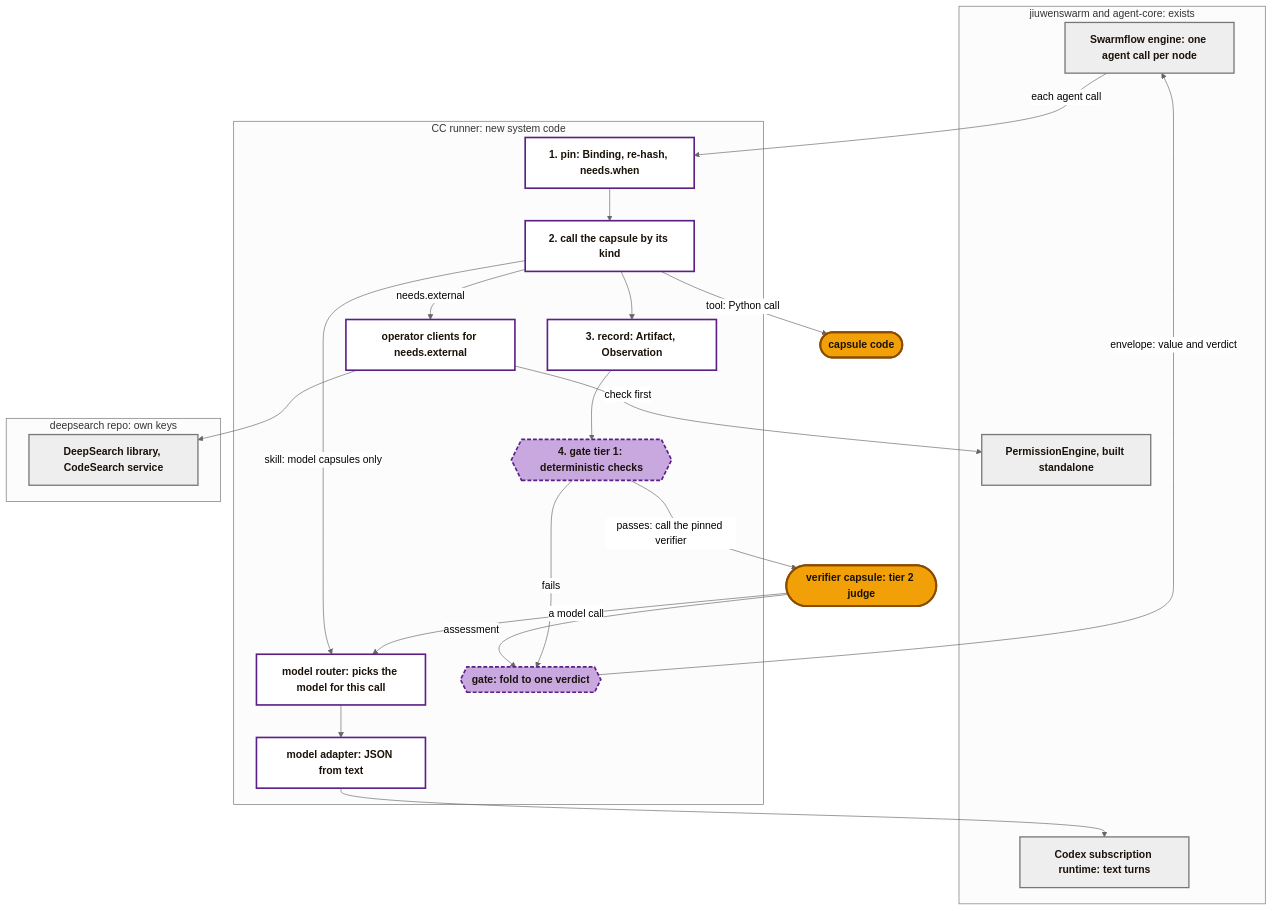
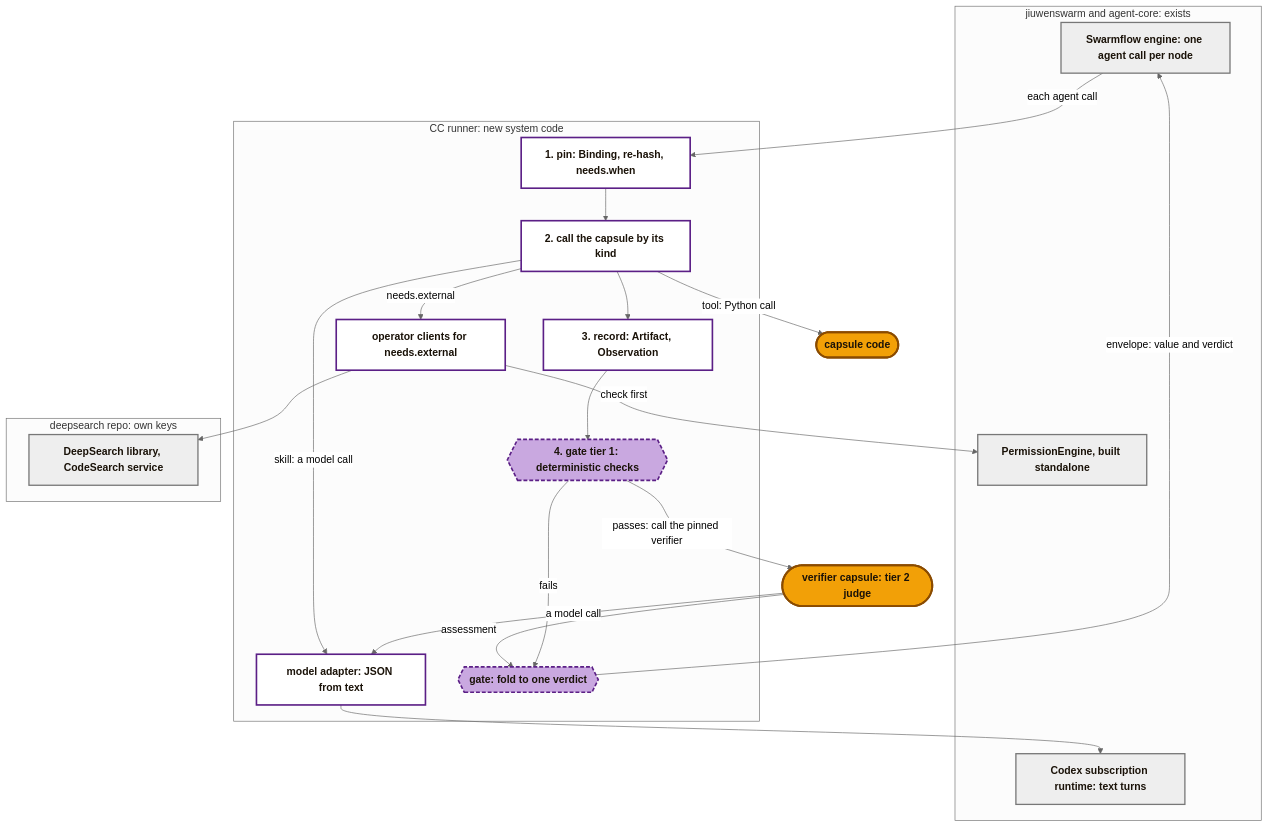
Before and after one commit to Stellven/jiuwenswarm: the fifth of 6 diagrams in docs/architecture/m1-design.md, drawn with Mermaid (neutral theme). The commit also changed other lines of this file and 24 other files, not shown here.

Commit message:
Add core schemas and keep models out of the capsule layer

````diff
--- a/docs/architecture/m1-design.md
+++ b/docs/architecture/m1-design.md
@@ -244,38 +244,37 @@
 ```mermaid
 flowchart TB
     subgraph JS["jiuwenswarm and agent-core: exists"]
         ENG["Swarmflow engine: one agent call per node"]:::js
         CX["Codex subscription runtime: text turns"]:::js
         PERM["PermissionEngine, built standalone"]:::js
     end
     subgraph RUN["CC runner: new system code"]
         PIN["1. pin: Binding, re-hash, needs.when"]:::ctrl
         CALL["2. call the capsule by its kind"]:::ctrl
-        RTR["model router: picks the model for this call"]:::ctrl
         MA["model adapter: JSON from text"]:::ctrl
         OPS["operator clients for needs.external"]:::ctrl
         REC["3. record: Artifact, Observation"]:::ctrl
         T1{{"4. gate tier 1: deterministic checks"}}:::gate
         FOLD{{"gate: fold to one verdict"}}:::gate
     end
     CAP(["capsule code"]):::cc
     VER(["verifier capsule: tier 2 judge"]):::cc
     subgraph EXT["deepsearch repo: own keys"]
         OPSV["DeepSearch library, CodeSearch service"]:::js
     end
     ENG -->|"each agent call"| PIN --> CALL
-    CALL -->|"skill: model capsules only"| RTR --> MA --> CX
+    CALL -->|"skill: a model call"| MA --> CX
     CALL -->|"tool: Python call"| CAP
     CALL -->|"needs.external"| OPS -->|"check first"| PERM
     OPS --> OPSV
     CALL --> REC --> T1
     T1 -->|"passes: call the pinned verifier"| VER
-    VER -->|"a model call"| RTR
+    VER -->|"a model call"| MA
     VER -->|"assessment"| FOLD
     T1 -->|"fails"| FOLD
     FOLD -->|"envelope: value and verdict"| ENG
     classDef js fill:#EEEEEE,stroke:#777777,stroke-width:2px,color:#1a1208,font-weight:bold
     classDef ctrl fill:#ffffff,stroke:#5B1F86,stroke-width:2.5px,color:#1a1208,font-weight:bold
     classDef gate fill:#C9A8E0,stroke:#5B1F86,stroke-width:2.5px,stroke-dasharray:6 3,color:#1a1208,font-weight:bold
     classDef cc fill:#F2A007,stroke:#8A4B00,stroke-width:3px,color:#1a1208,font-weight:bold
 ```
````
